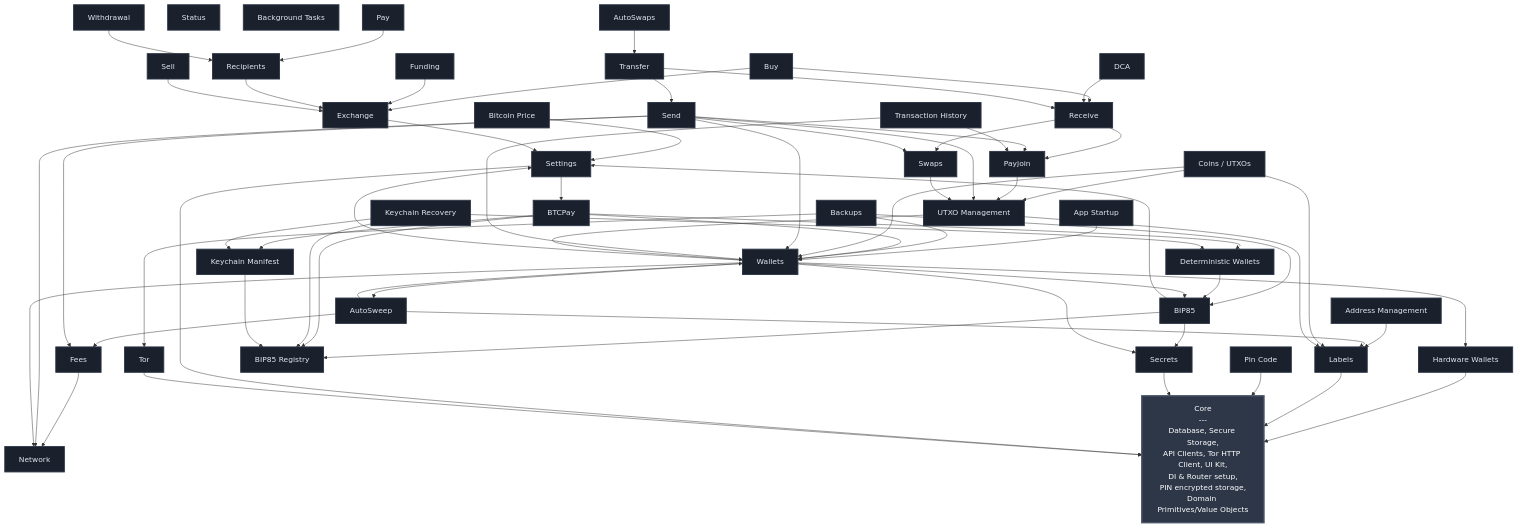
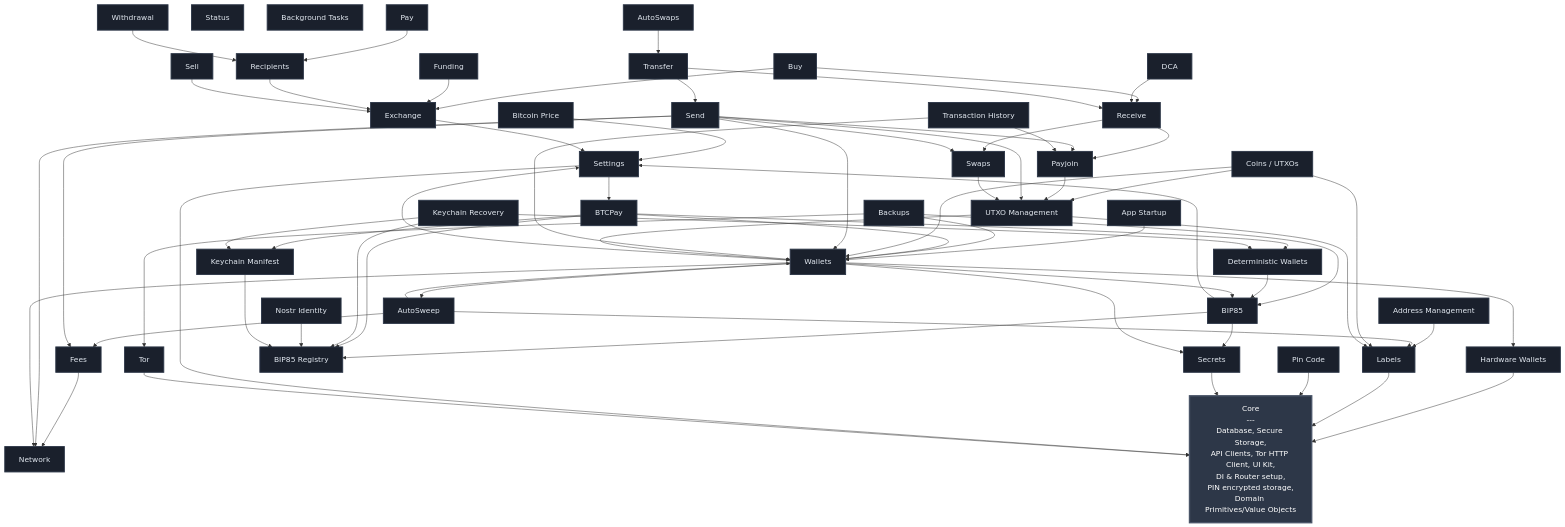
One commit to SatoshiPortal/bullbitcoin-mobile changed the diagram in FEATURES.md. Above: the diagram before and after it, drawn with Mermaid. The commit also changed 9 other files, not shown here.

Commit message:
feat(nostr_identity): add reserved nostr key core

````diff
--- a/FEATURES.md
+++ b/FEATURES.md
@@ -26,6 +26,7 @@
     DETERMINISTIC_WALLETS[Deterministic Wallets]
     KEYCHAIN_MANIFEST[Keychain Manifest]
     KEYCHAIN_RECOVERY[Keychain Recovery]
+    NOSTR_IDENTITY[Nostr Identity]
     FEES[Fees]
     WALLETS[Wallets]
     EXCHANGE[Exchange]
@@ -76,6 +77,7 @@
     KEYCHAIN_RECOVERY --> BIP85_REGISTRY
     KEYCHAIN_RECOVERY --> DETERMINISTIC_WALLETS
     KEYCHAIN_RECOVERY --> KEYCHAIN_MANIFEST
+    NOSTR_IDENTITY --> BIP85_REGISTRY
     BUY --> EXCHANGE
     BUY --> RECEIVE
     COINS --> UTXO_MGMT
@@ -126,5 +128,5 @@
     classDef featureStyle fill:#1a202c,stroke:#2d3748,stroke-width:2px,color:#e2e8f0
 
     class CORE coreStyle
-    class SETTINGS,TOR,PIN_CODE,LABELS,SECRETS,HW_WALLETS,BTC_PRICE,BTCPAY,NETWORK,BIP85,BIP85_REGISTRY,DETERMINISTIC_WALLETS,KEYCHAIN_MANIFEST,KEYCHAIN_RECOVERY,FEES,WALLETS,EXCHANGE,APP_STARTUP,UTXO_MGMT,ADDRESS_MGMT,RECIPIENTS,FUNDING,BACKUPS,SWAPS,PAYJOIN,WITHDRAWAL,STATUS,SEND,RECEIVE,TRANSFER,TX_HISTORY,BG_TASKS,AUTOSWAPS,AUTOSWEEP,DCA,SELL,PAY,BUY,COINS featureStyle
+    class SETTINGS,TOR,PIN_CODE,LABELS,SECRETS,HW_WALLETS,BTC_PRICE,BTCPAY,NETWORK,BIP85,BIP85_REGISTRY,DETERMINISTIC_WALLETS,KEYCHAIN_MANIFEST,KEYCHAIN_RECOVERY,NOSTR_IDENTITY,FEES,WALLETS,EXCHANGE,APP_STARTUP,UTXO_MGMT,ADDRESS_MGMT,RECIPIENTS,FUNDING,BACKUPS,SWAPS,PAYJOIN,WITHDRAWAL,STATUS,SEND,RECEIVE,TRANSFER,TX_HISTORY,BG_TASKS,AUTOSWAPS,AUTOSWEEP,DCA,SELL,PAY,BUY,COINS featureStyle
 ```
````
